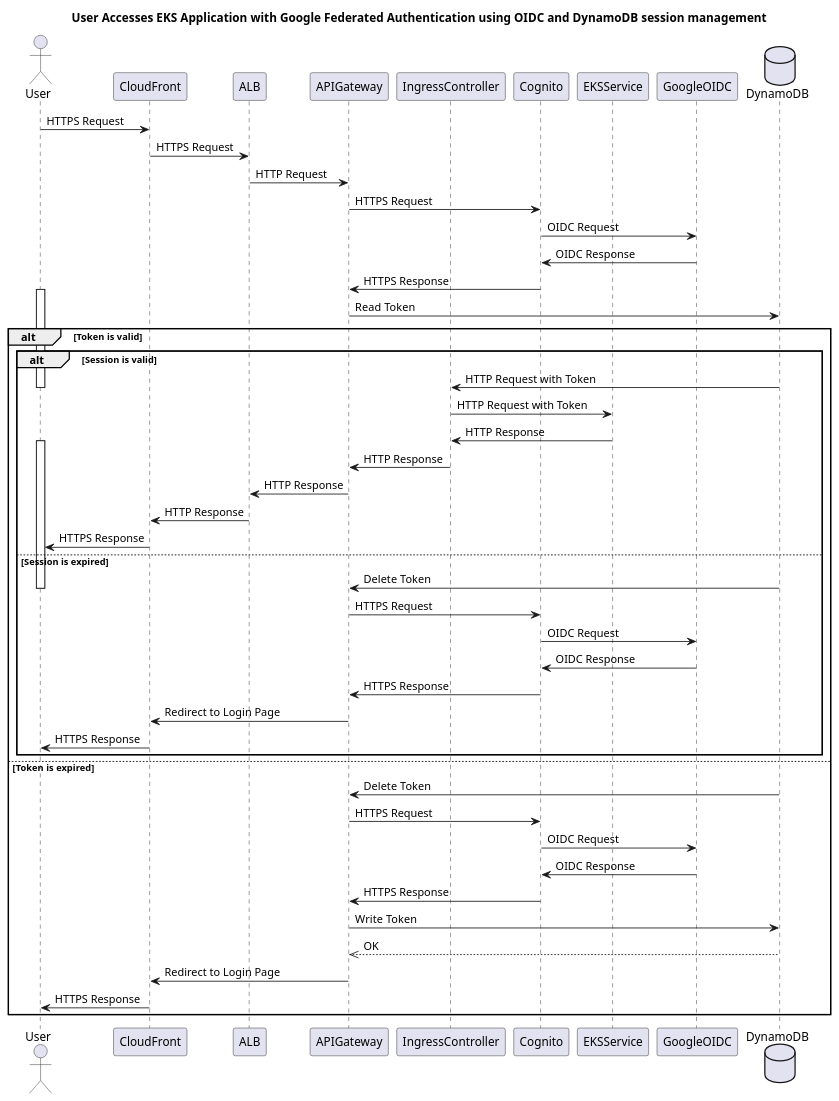
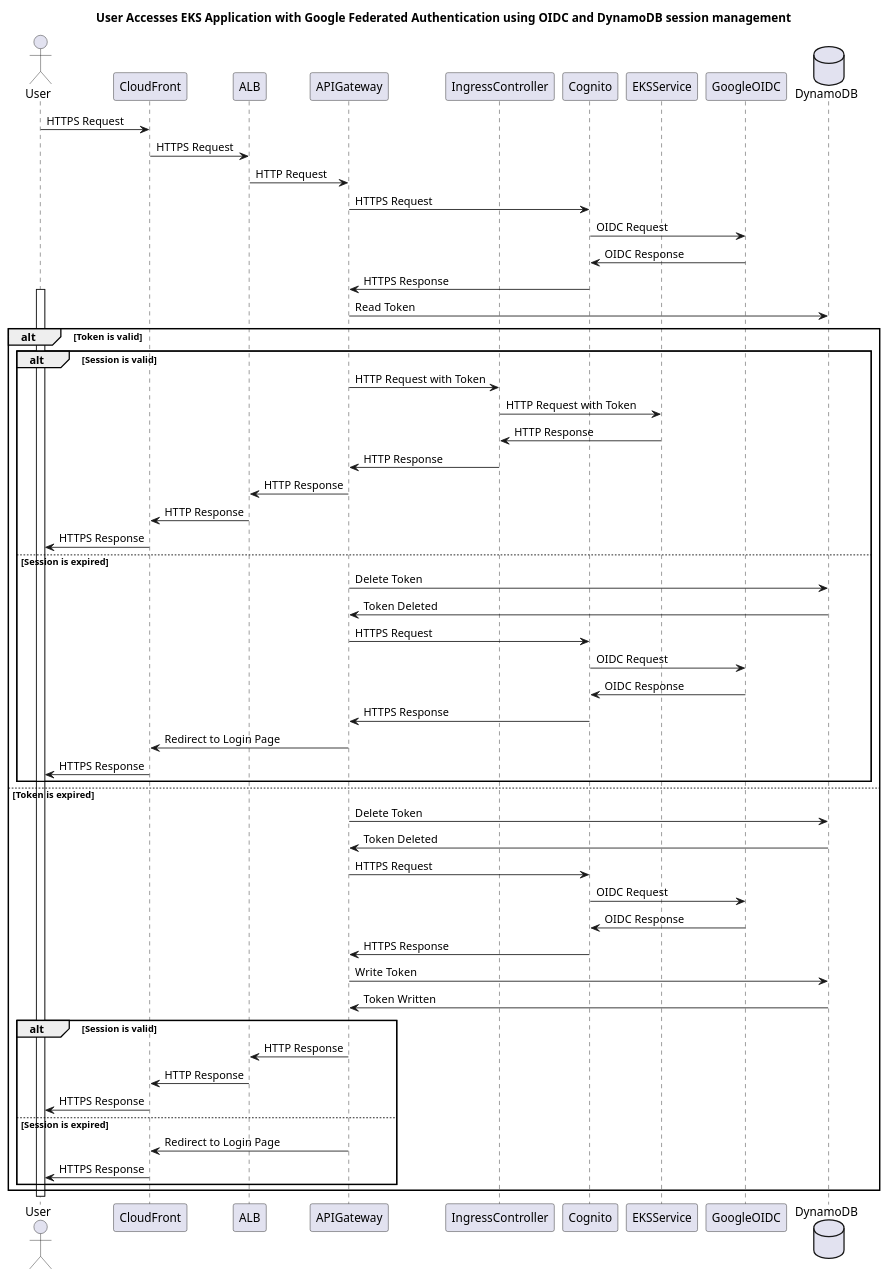
Before and after one commit to kujiraf/my-sample-web: the diagram in docs/design/auth/User_Access_EKS_App_with_Google_Federated_Auth.pu, drawn with PlantUML. The commit also changed 1 other file, not shown here.

```diff
--- a/docs/design/auth/User_Access_EKS_App_with_Google_Federated_Auth.pu
+++ b/docs/design/auth/User_Access_EKS_App_with_Google_Federated_Auth.pu
@@ -1,57 +1,62 @@
 @startuml
 title User Accesses EKS Application with Google Federated Authentication using OIDC and DynamoDB session management
 
 actor User
 participant CloudFront
 participant ALB
 participant APIGateway
 participant IngressController
 participant Cognito
 participant EKSService
 participant GoogleOIDC
 database DynamoDB
 
-User -> CloudFront: HTTPS Request
-CloudFront -> ALB: HTTPS Request
-ALB -> APIGateway: HTTP Request
-APIGateway -> Cognito: HTTPS Request
-Cognito -> GoogleOIDC: OIDC Request
-GoogleOIDC -> Cognito: OIDC Response
-Cognito -> APIGateway: HTTPS Response
+User->CloudFront: HTTPS Request
+CloudFront->ALB: HTTPS Request
+ALB->APIGateway: HTTP Request
+APIGateway->Cognito: HTTPS Request
+Cognito->GoogleOIDC: OIDC Request
+GoogleOIDC->Cognito: OIDC Response
+Cognito->APIGateway: HTTPS Response
 
 activate User
-APIGateway -> DynamoDB: Read Token
-alt Token is valid
-    alt Session is valid
-        DynamoDB -> IngressController: HTTP Request with Token
-        deactivate User
-        IngressController -> EKSService: HTTP Request with Token
-        EKSService -> IngressController: HTTP Response
-        activate User
-        IngressController -> APIGateway: HTTP Response
-        APIGateway -> ALB: HTTP Response
-        ALB -> CloudFront: HTTP Response
-        CloudFront -> User: HTTPS Response
-    else Session is expired
-        DynamoDB -> APIGateway: Delete Token
-        deactivate User
-        APIGateway -> Cognito: HTTPS Request
-        Cognito -> GoogleOIDC: OIDC Request
-        GoogleOIDC -> Cognito: OIDC Response
-        Cognito -> APIGateway: HTTPS Response
-        APIGateway -> CloudFront: Redirect to Login Page
-        CloudFront -> User: HTTPS Response
+APIGateway->DynamoDB: Read Token
+    alt Token is valid
+        alt Session is valid
+            APIGateway->IngressController: HTTP Request with Token
+            IngressController->EKSService: HTTP Request with Token
+            EKSService->IngressController: HTTP Response
+            IngressController->APIGateway: HTTP Response
+            APIGateway->ALB: HTTP Response
+            ALB->CloudFront: HTTP Response
+            CloudFront->User: HTTPS Response
+        else Session is expired
+            APIGateway->DynamoDB: Delete Token
+            DynamoDB->APIGateway: Token Deleted
+            APIGateway->Cognito: HTTPS Request
+            Cognito->GoogleOIDC: OIDC Request
+            GoogleOIDC->Cognito: OIDC Response
+            Cognito->APIGateway: HTTPS Response
+            APIGateway->CloudFront: Redirect to Login Page
+            CloudFront->User: HTTPS Response
+        end
+    else Token is expired
+        APIGateway->DynamoDB: Delete Token
+        DynamoDB->APIGateway: Token Deleted
+        APIGateway->Cognito: HTTPS Request
+        Cognito->GoogleOIDC: OIDC Request
+        GoogleOIDC->Cognito: OIDC Response
+        Cognito->APIGateway: HTTPS Response
+        APIGateway->DynamoDB: Write Token
+        DynamoDB->APIGateway: Token Written
+        alt Session is valid
+            APIGateway->ALB: HTTP Response
+            ALB->CloudFront: HTTP Response
+            CloudFront->User: HTTPS Response
+        else Session is expired
+            APIGateway->CloudFront: Redirect to Login Page
+            CloudFront->User: HTTPS Response
+        end
     end
-else Token is expired
-    DynamoDB -> APIGateway: Delete Token
-    deactivate User
-    APIGateway -> Cognito: HTTPS Request
-    Cognito -> GoogleOIDC: OIDC Request
-    GoogleOIDC -> Cognito: OIDC Response
-    Cognito -> APIGateway: HTTPS Response
-    APIGateway -> DynamoDB: Write Token
-    DynamoDB -->> APIGateway: OK
-    APIGateway -> CloudFront: Redirect to Login Page
-    CloudFront -> User: HTTPS Response
-end
+deactivate User
 @enduml
```
